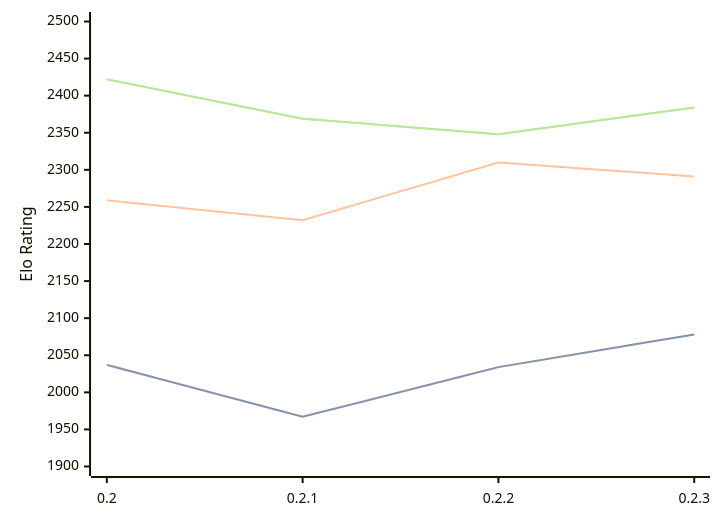
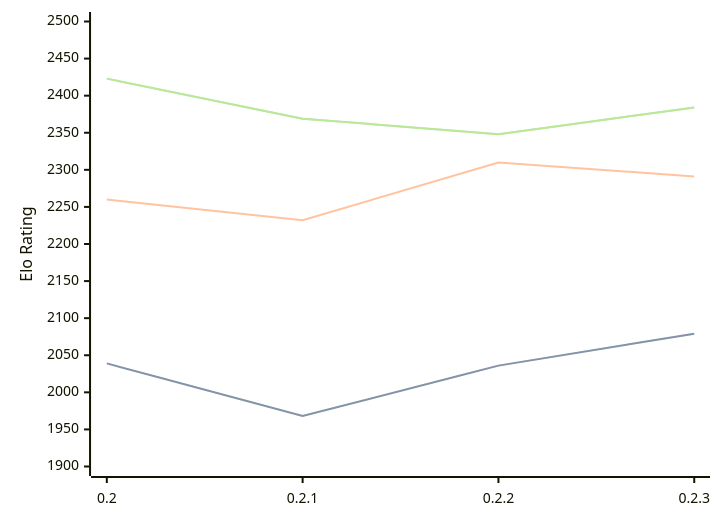
One commit to computer-chess-index/cci changed the diagram in engines/Lolbot.md. Above: the diagram before and after it, drawn with Mermaid. The commit also changed other lines of this file, not shown here.

Commit message:
Update CCI Ratings (ELO VLTC) - 2026-02-18

````diff
--- a/engines/Lolbot.md
+++ b/engines/Lolbot.md
@@ -32,11 +32,11 @@
 ```mermaid
 %%{init: {"theme":"base","themeVariables":{"seriesColors:['#a3a3a3','#222221','#faa371']}}}%%
 xychart-beta
   x-axis ["0.2", "0.2.1", "0.2.2", "0.2.3"]
   y-axis "Elo Rating" 1900 --> 2500
-  line "STC (8.0+0.08s)" [2037, 1967, 2034, 2078]
-  line "STC (8.0+0.08s)" [2037, 1967, 2034, 2078]
-  line "LTC (60.0+0.60s)" [2259, 2232, 2310, 2291]
-  line "VLTC (2m24s+1.12s)" [2422, 2369, 2348, 2384]
-  line "VLTC (2m24s+1.12s)" [2422, 2369, 2348, 2384]
+  line "STC (8.0+0.08s)" [2039, 1968, 2036, 2079]
+  line "STC (8.0+0.08s)" [2039, 1968, 2036, 2079]
+  line "LTC (60.0+0.60s)" [2260, 2232, 2310, 2291]
+  line "VLTC (2m24s+1.12s)" [2423, 2369, 2348, 2384]
+  line "VLTC (2m24s+1.12s)" [2423, 2369, 2348, 2384]
 ```
````
